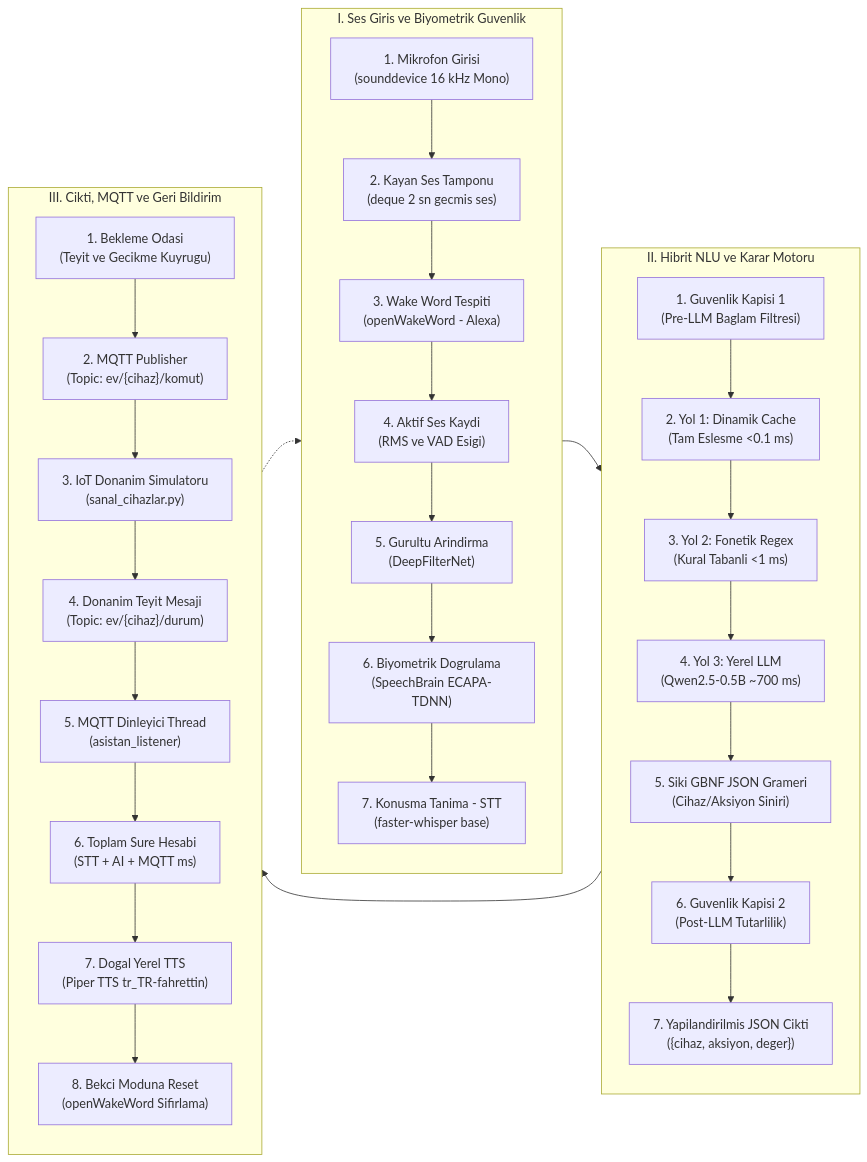
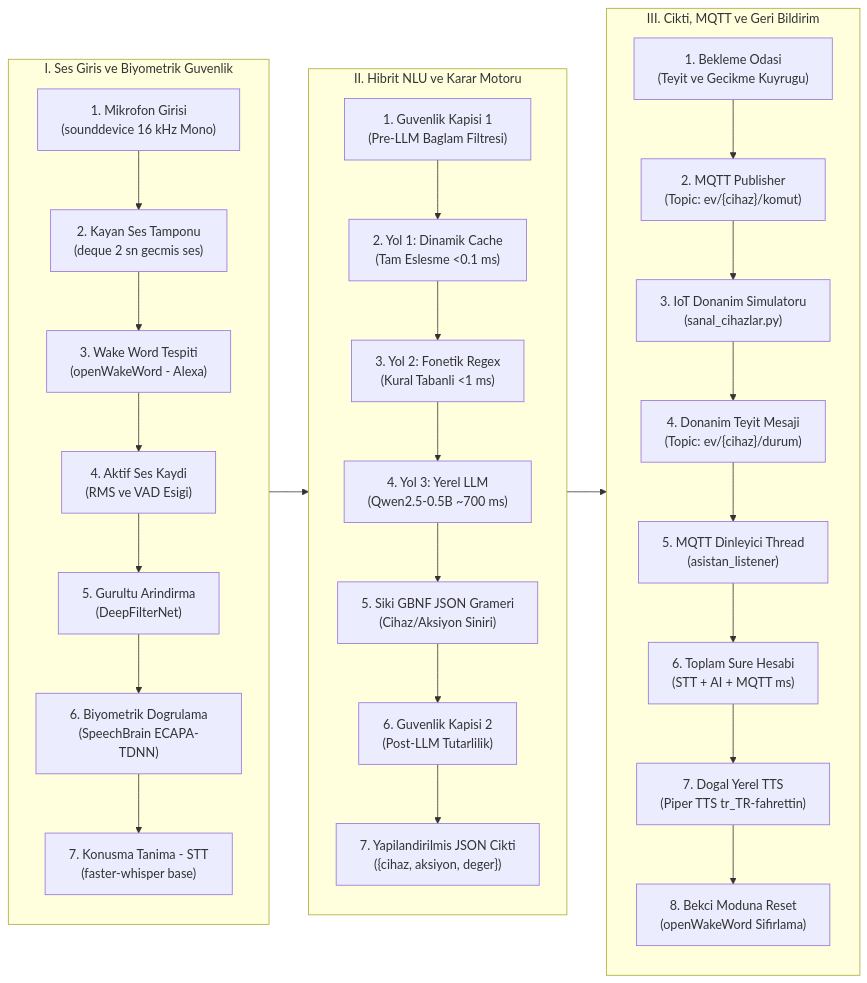
The diagram in README.md (metindeder/Smarthhome), drawn with Mermaid before and after one commit. The commit also changed other lines of this file, not shown here.

````diff
--- a/README.md
+++ b/README.md
@@ -66,40 +66,39 @@
 ```mermaid
 flowchart LR
     subgraph Katman1 ["I. Ses Giris ve Biyometrik Guvenlik"]
         direction TB
         A1["1. Mikrofon Girisi\n(sounddevice 16 kHz Mono)"]
         A1 --> A2["2. Kayan Ses Tamponu\n(deque 2 sn gecmis ses)"]
         A2 --> A3["3. Wake Word Tespiti\n(openWakeWord - Alexa)"]
         A3 --> A4["4. Aktif Ses Kaydi\n(RMS ve VAD Esigi)"]
         A4 --> A5["5. Gurultu Arindirma\n(DeepFilterNet)"]
         A5 --> A6["6. Biyometrik Dogrulama\n(SpeechBrain ECAPA-TDNN)"]
         A6 --> A7["7. Konusma Tanima - STT\n(faster-whisper base)"]
     end
 
     subgraph Katman2 ["II. Hibrit NLU ve Karar Motoru"]
         direction TB
         B1["1. Guvenlik Kapisi 1\n(Pre-LLM Baglam Filtresi)"]
         B1 --> B2["2. Yol 1: Dinamik Cache\n(Tam Eslesme <0.1 ms)"]
         B2 --> B3["3. Yol 2: Fonetik Regex\n(Kural Tabanli <1 ms)"]
         B3 --> B4["4. Yol 3: Yerel LLM\n(Qwen2.5-0.5B ~700 ms)"]
         B4 --> B5["5. Siki GBNF JSON Grameri\n(Cihaz/Aksiyon Siniri)"]
         B5 --> B6["6. Guvenlik Kapisi 2\n(Post-LLM Tutarlilik)"]
         B6 --> B7["7. Yapilandirilmis JSON Cikti\n({cihaz, aksiyon, deger})"]
     end
 
     subgraph Katman3 ["III. Cikti, MQTT ve Geri Bildirim"]
         direction TB
         C1["1. Bekleme Odasi\n(Teyit ve Gecikme Kuyrugu)"]
         C1 --> C2["2. MQTT Publisher\n(Topic: ev/{cihaz}/komut)"]
         C2 --> C3["3. IoT Donanim Simulatoru\n(sanal_cihazlar.py)"]
         C3 --> C4["4. Donanim Teyit Mesaji\n(Topic: ev/{cihaz}/durum)"]
         C4 --> C5["5. MQTT Dinleyici Thread\n(asistan_listener)"]
         C5 --> C6["6. Toplam Sure Hesabi\n(STT + AI + MQTT ms)"]
         C6 --> C7["7. Dogal Yerel TTS\n(Piper TTS tr_TR-fahrettin)"]
         C7 --> C8["8. Bekci Moduna Reset\n(openWakeWord Sifirlama)"]
     end
 
-    A7 --> B1
-    B7 --> C1
-    C8 -.-> A2
+    Katman1 --> Katman2
+    Katman2 --> Katman3
 ```
````
